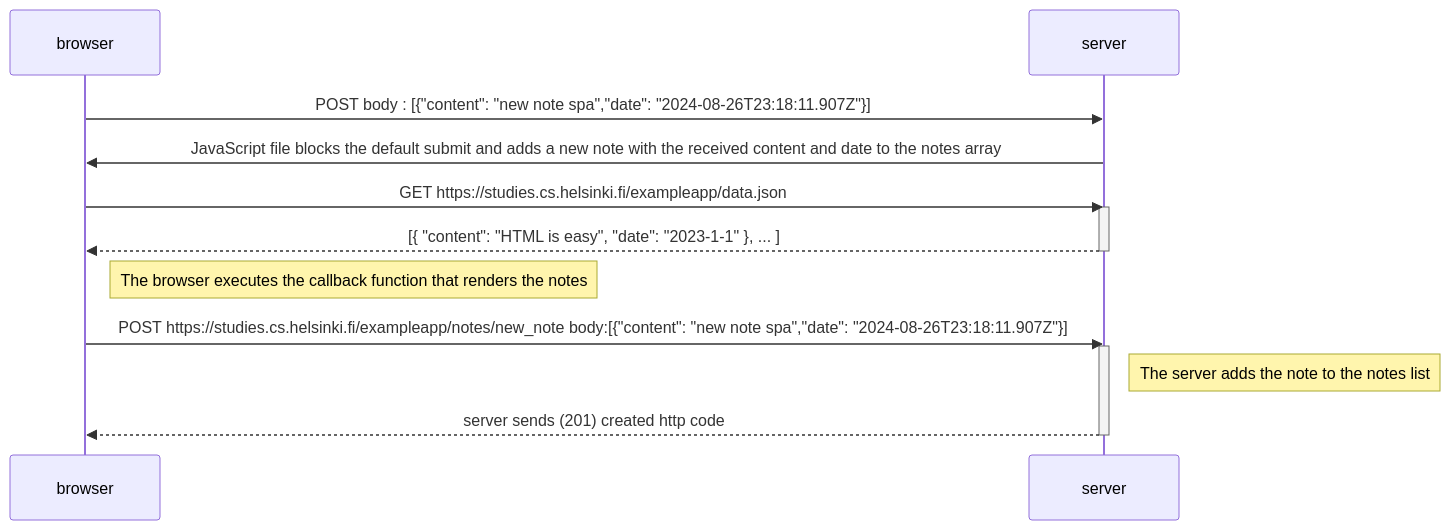
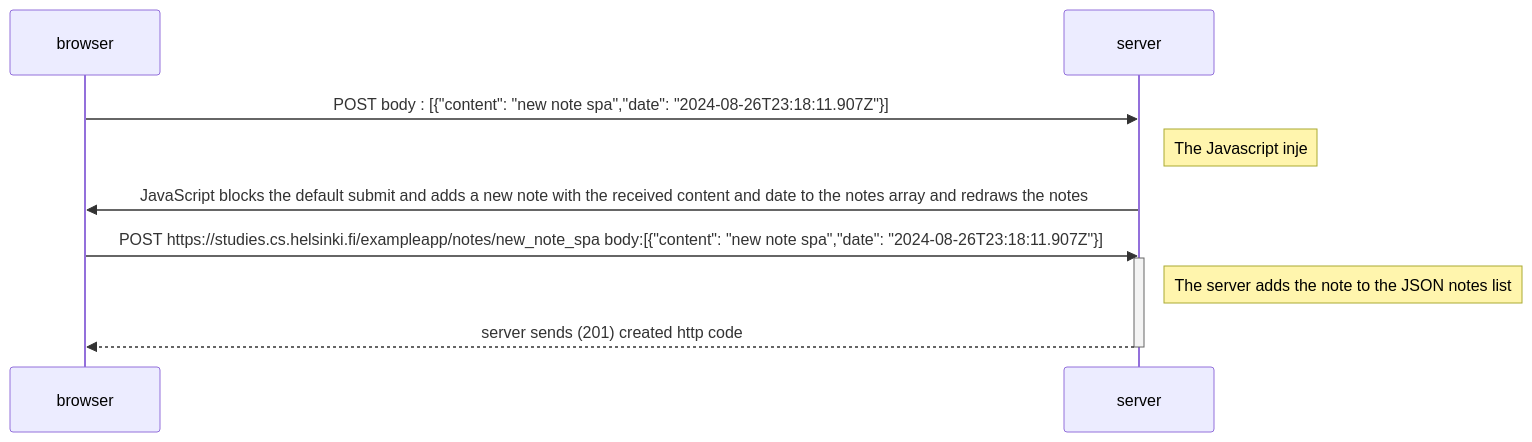
One commit to boularakSaraManel/FullStackOpen changed the diagram in part0/exercise_0_6.md. Above: the diagram before and after it, drawn with Mermaid.

````diff
--- a/part0/exercise_0_6.md
+++ b/part0/exercise_0_6.md
@@ -1,22 +1,16 @@
 ```mermaid
 sequenceDiagram
     participant browser
     participant server
 
     browser->>server: POST body : [{"content": "new note spa","date": "2024-08-26T23:18:11.907Z"}] 
-    server->>browser: JavaScript file blocks the default submit and adds a new note with the received content and date to the notes array
+    Note right of server: The Javascript inje
+    server->>browser: JavaScript blocks the default submit and adds a new note with the received content and date to the notes array and redraws the notes
 
-    browser->>server: GET https://studies.cs.helsinki.fi/exampleapp/data.json
+    browser->>server: POST https://studies.cs.helsinki.fi/exampleapp/notes/new_note_spa body:[{"content": "new note spa","date": "2024-08-26T23:18:11.907Z"}] 
     activate server
-    server-->>browser: [{ "content": "HTML is easy", "date": "2023-1-1" }, ... ]
-    deactivate server
-
-    Note right of browser: The browser executes the callback function that renders the notes
-
-    browser->>server: POST https://studies.cs.helsinki.fi/exampleapp/notes/new_note body:[{"content": "new note spa","date": "2024-08-26T23:18:11.907Z"}] 
-    activate server
-    Note right of server: The server adds the note to the notes list
+    Note right of server: The server adds the note to the JSON notes list
     server-->>browser: server sends (201) created http code 
     deactivate server
 
 ```
````
